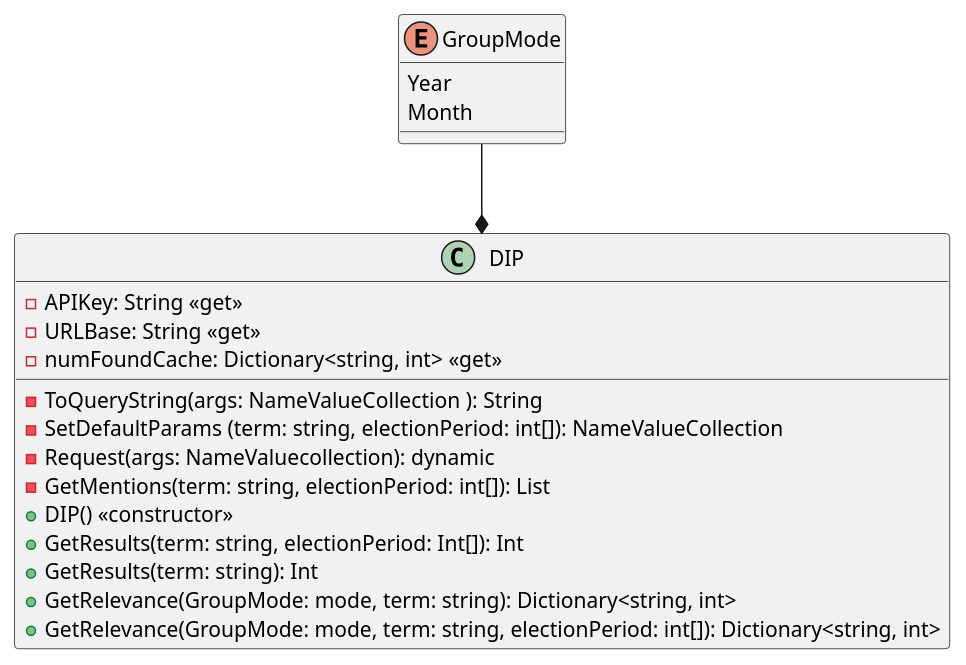
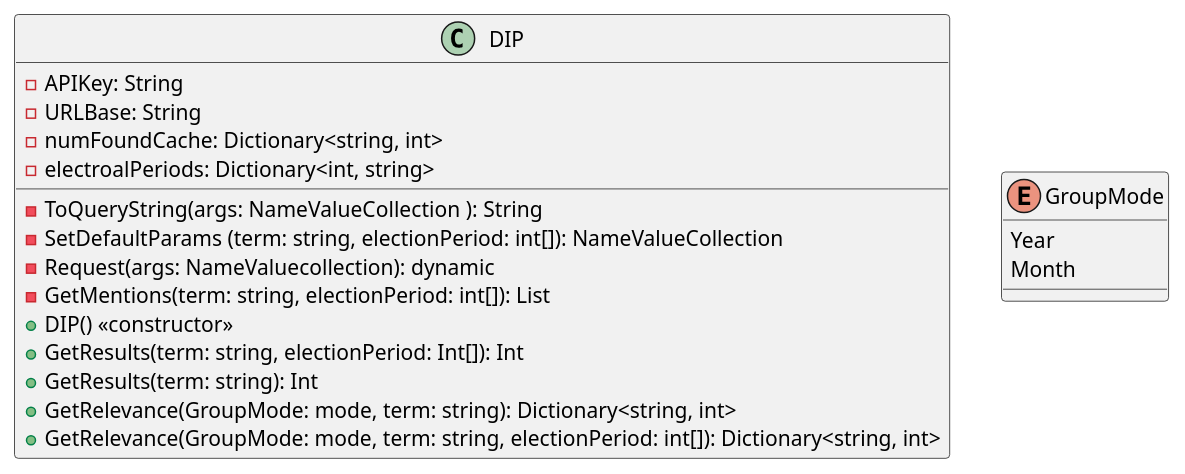
One commit to juliankeppler/parlamentometer changed the diagram in docs/DIP.puml. Above: the diagram before and after it, drawn with PlantUML. The commit also changed 4 other files, not shown here.

Commit message:
Überarbeitung der Klassendiagramme

```diff
--- a/docs/DIP.puml
+++ b/docs/DIP.puml
@@ -1,21 +1,22 @@
 @startuml
-class DIP {
-  -APIKey: String << get >>
-  -URLBase: String << get >>
-  -numFoundCache: Dictionary<string, int> << get >>
-  -ToQueryString(args: NameValueCollection ): String
-  -SetDefaultParams (term: string, electionPeriod: int[]): NameValueCollection
-  -Request(args: NameValuecollection): dynamic
-  -GetMentions(term: string, electionPeriod: int[]): List
-  +DIP() << constructor >>
-  +GetResults(term: string, electionPeriod: Int[]): Int 
-  +GetResults(term: string): Int 
-  +GetRelevance(GroupMode: mode, term: string): Dictionary<string, int>
-  +GetRelevance(GroupMode: mode, term: string, electionPeriod: int[]): Dictionary<string, int>
+class "DIP" {
+    - APIKey: String
+    - URLBase: String
+    - numFoundCache: Dictionary<string, int>
+    - electroalPeriods: Dictionary<int, string>
+    - ToQueryString(args: NameValueCollection ): String
+    - SetDefaultParams (term: string, electionPeriod: int[]): NameValueCollection
+    - Request(args: NameValuecollection): dynamic
+    - GetMentions(term: string, electionPeriod: int[]): List
+    + DIP() << constructor >>
+    + GetResults(term: string, electionPeriod: Int[]): Int 
+    + GetResults(term: string): Int 
+    + GetRelevance(GroupMode: mode, term: string): Dictionary<string, int>
+    + GetRelevance(GroupMode: mode, term: string, electionPeriod: int[]): Dictionary<string, int>
 }
-GroupMode --* DIP
+
 enum GroupMode{
   Year
   Month
 }
 @enduml
```
